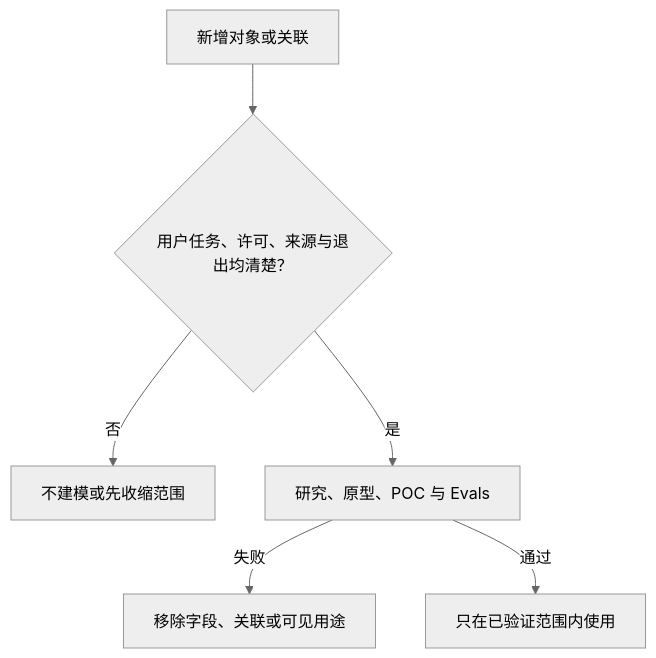
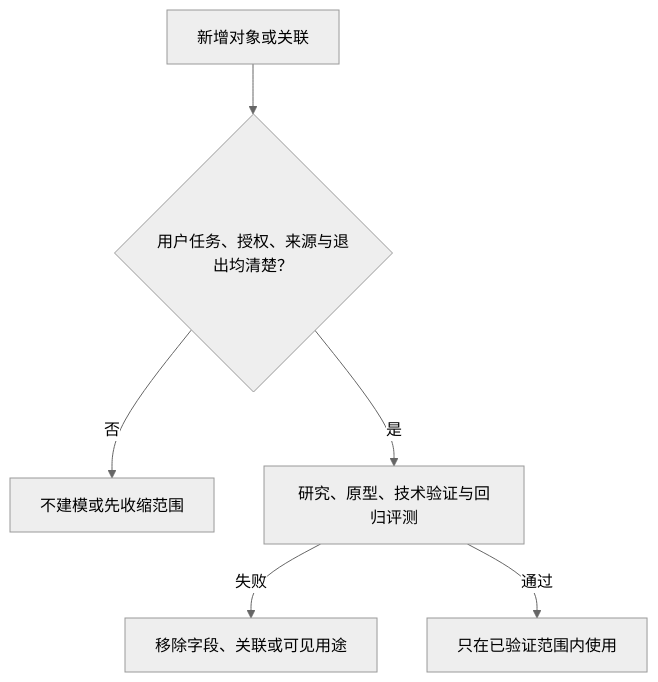
Before and after one commit to weiz98417-crypto/qiuqiu: the ninth of 9 diagrams in docs/球球全套资料/4.产品设计/41-领域数据模型设计.md, drawn with Mermaid (neutral theme). The commit also changed other lines of this file and 49 other files, not shown here.

````diff
--- a/docs/球球全套资料/4.产品设计/41-领域数据模型设计.md
+++ b/docs/球球全套资料/4.产品设计/41-领域数据模型设计.md
@@ -672,8 +529,8 @@
 ```mermaid
 flowchart TD
-    Change[新增对象或关联] --> Gate{用户任务、许可、来源与退出均清楚？}
+    Change[新增对象或关联] --> Gate{用户任务、授权、来源与退出均清楚？}
     Gate -->|否| Stop[不建模或先收缩范围]
-    Gate -->|是| Validate[研究、原型、POC 与 Evals]
+    Gate -->|是| Validate[研究、原型、技术验证与回归评测]
     Validate -->|失败| Remove[移除字段、关联或可见用途]
     Validate -->|通过| Limited[只在已验证范围内使用]
 ```
````
